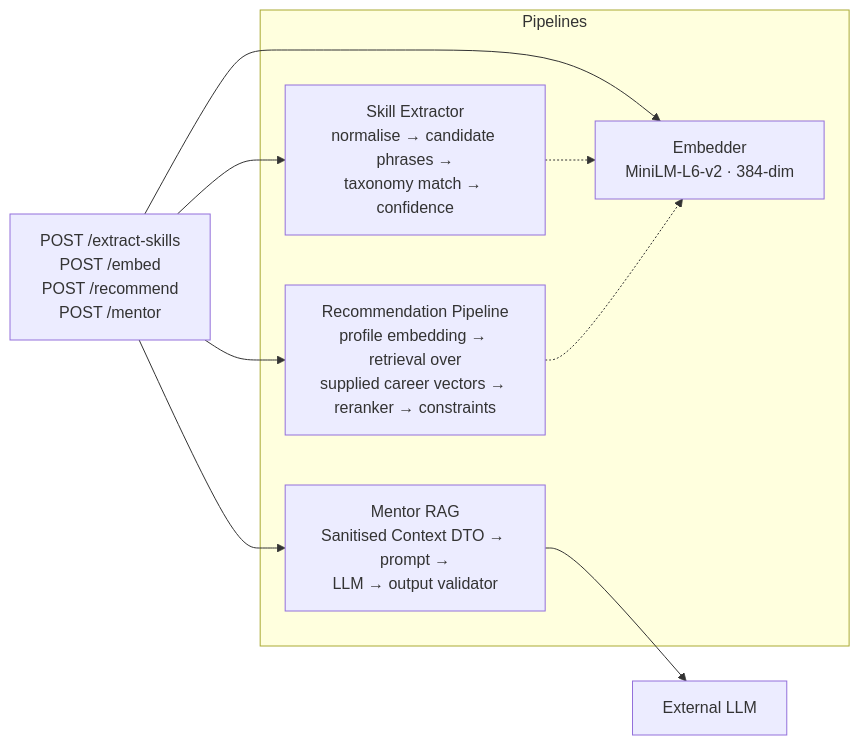
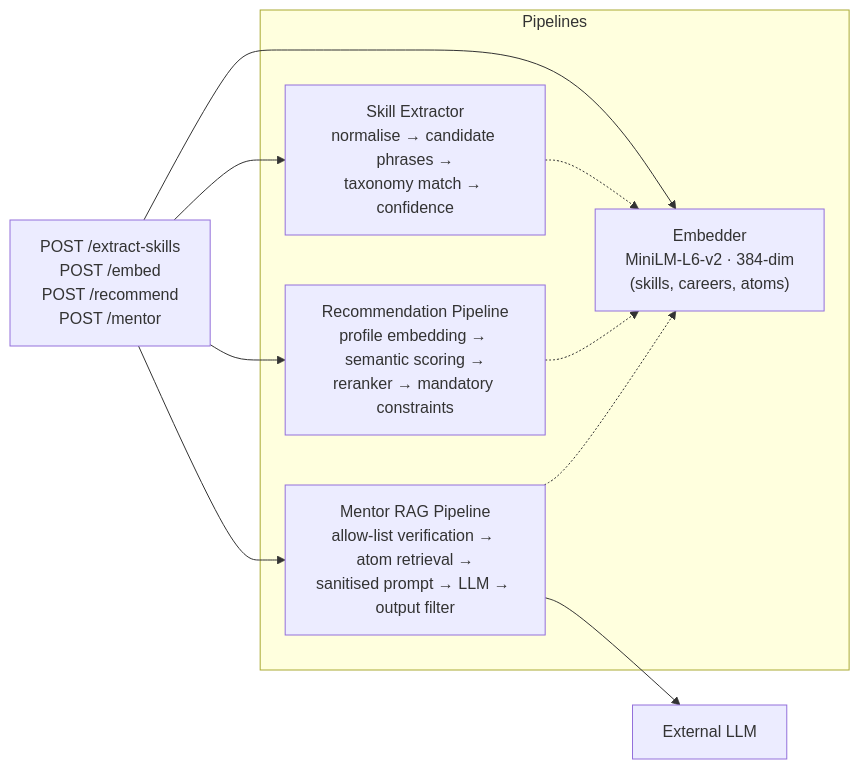
One commit to Masar-SCU/Masar changed the third of 8 diagrams in docs/03-architecture.md. Above: the diagram before and after it, drawn with Mermaid. The commit also changed other lines of this file and 26 other files, not shown here.

First line of the commit message:
docs: master specification revision for atomic roadmap and defect fixes

````diff
--- a/docs/03-architecture.md
+++ b/docs/03-architecture.md
@@ -158,19 +153,20 @@
 ```mermaid
 flowchart LR
     IN["POST /extract-skills<br/>POST /embed<br/>POST /recommend<br/>POST /mentor"]
 
     subgraph P["Pipelines"]
         E1["Skill Extractor<br/>normalise → candidate phrases →<br/>taxonomy match → confidence"]
-        E2["Embedder<br/>MiniLM-L6-v2 · 384-dim"]
-        E3["Recommendation Pipeline<br/>profile embedding → retrieval over<br/>supplied career vectors → reranker → constraints"]
-        E4["Mentor RAG<br/>Sanitised Context DTO → prompt →<br/>LLM → output validator"]
+        E2["Embedder<br/>MiniLM-L6-v2 · 384-dim<br/>(skills, careers, atoms)"]
+        E3["Recommendation Pipeline<br/>profile embedding → semantic scoring →<br/>reranker → mandatory constraints"]
+        E4["Mentor RAG Pipeline<br/>allow-list verification → atom retrieval →<br/>sanitised prompt → LLM → output filter"]
     end
 
     IN --> E1
     IN --> E2
     IN --> E3
     IN --> E4
     E4 --> LLM["External LLM"]
     E1 -.-> E2
     E3 -.-> E2
+    E4 -.-> E2
 ```
````
